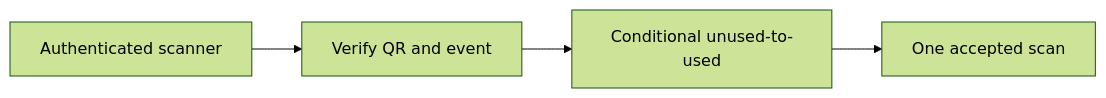
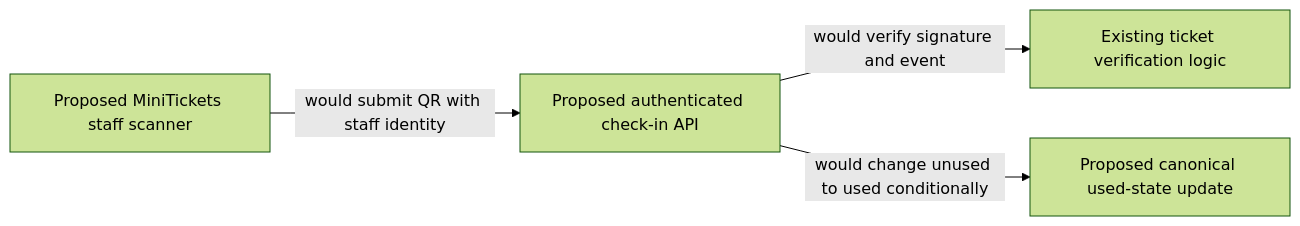
The diagram in docs/handbook/concepts/door-checkin.md (maheshnd/minitickets), drawn with Mermaid (forest theme) before and after one commit. The commit also changed other lines of this file and 119 other files, not shown here.

````diff
--- a/docs/handbook/concepts/door-checkin.md
+++ b/docs/handbook/concepts/door-checkin.md
@@ -17,7 +18,6 @@
 ```mermaid
 flowchart LR
-    n0["Authenticated scanner"] --> n1
-    n1["Verify QR and event"] --> n2
-    n2["Conditional unused-to-used"] --> n3
-    n3["One accepted scan"]
+    scanner["Proposed MiniTickets staff scanner"] -->|"would submit QR with staff identity"| api["Proposed authenticated check-in API"]
+    api -->|"would verify signature and event"| verify["Existing ticket verification logic"]
+    api -->|"would change unused to used conditionally"| state["Proposed canonical used-state update"]
 ```
````
